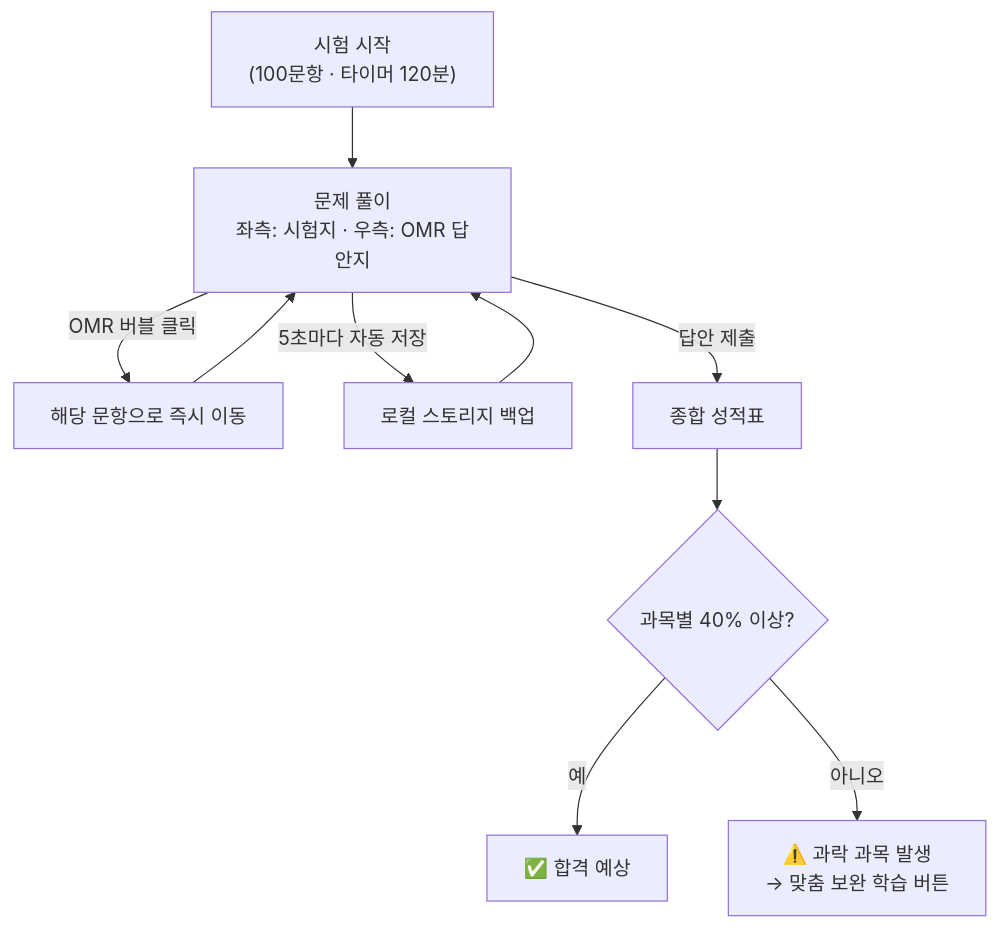
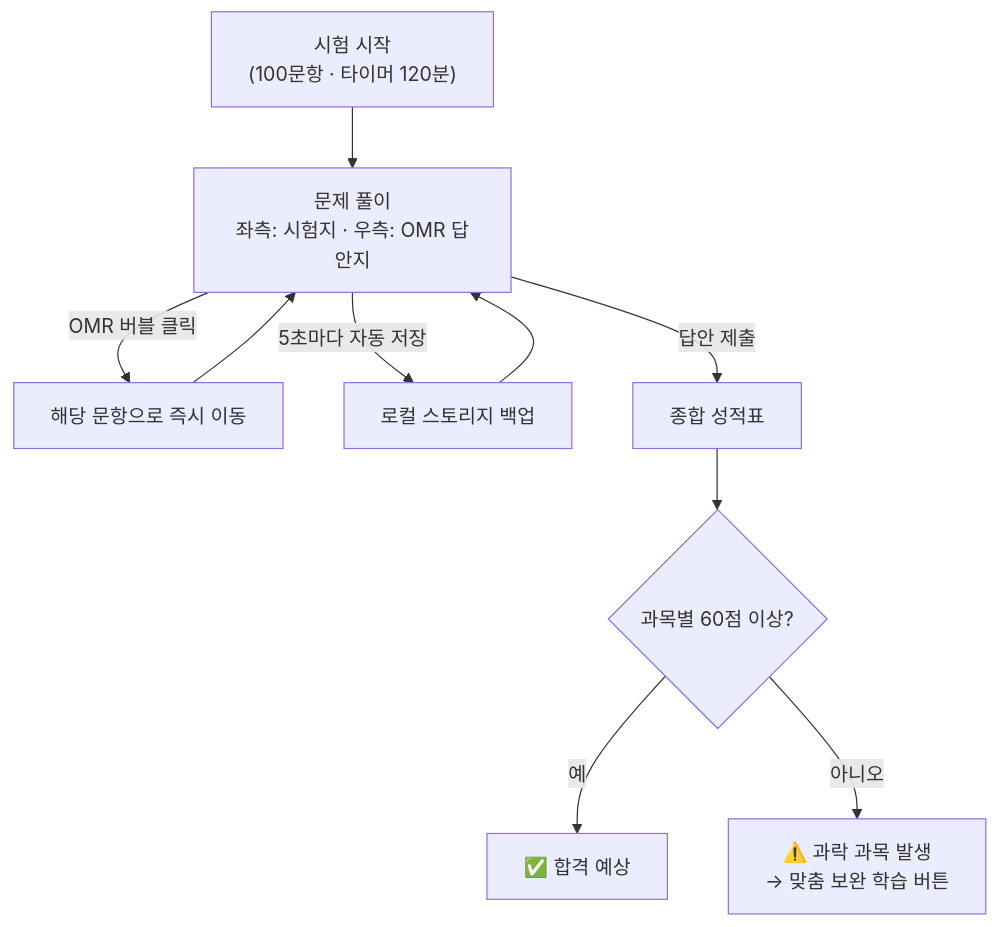
The second of 2 diagrams in docs/user/user_manual.md (skygoldlee-cyber/Personalized_Skincare), drawn with Mermaid before and after one commit. The commit also changed other lines of this file and 4 other files, not shown here.

````diff
--- a/docs/user/user_manual.md
+++ b/docs/user/user_manual.md
@@ -84,12 +84,12 @@
 ```mermaid
 graph TD
     Start["시험 시작<br/>(100문항 · 타이머 120분)"] --> Solve["문제 풀이<br/>좌측: 시험지 · 우측: OMR 답안지"]
     Solve -->|OMR 버블 클릭| Jump["해당 문항으로 즉시 이동"]
     Jump --> Solve
     Solve -->|5초마다 자동 저장| Save["로컬 스토리지 백업"]
     Save --> Solve
     Solve -->|답안 제출| Result["종합 성적표"]
-    Result --> Pass{"과목별 40% 이상?"}
+    Result --> Pass{"과목별 60점 이상?"}
     Pass -->|예| Done["✅ 합격 예상"]
     Pass -->|아니오| Fail["⚠️ 과락 과목 발생<br/>→ 맞춤 보완 학습 버튼"]
 ```
````
